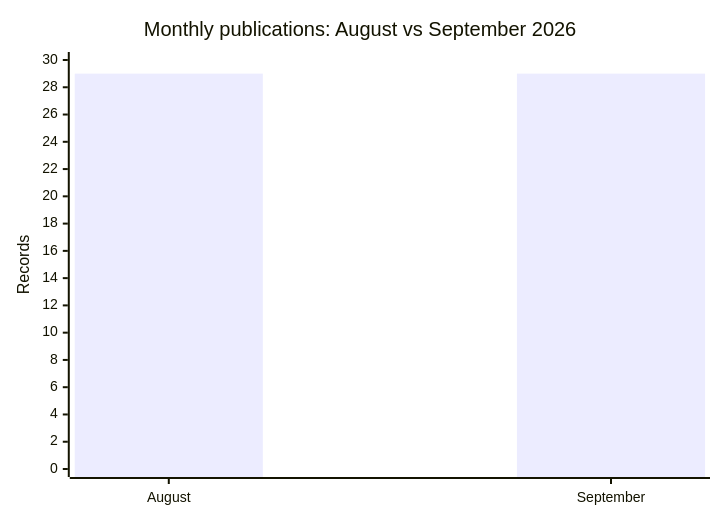
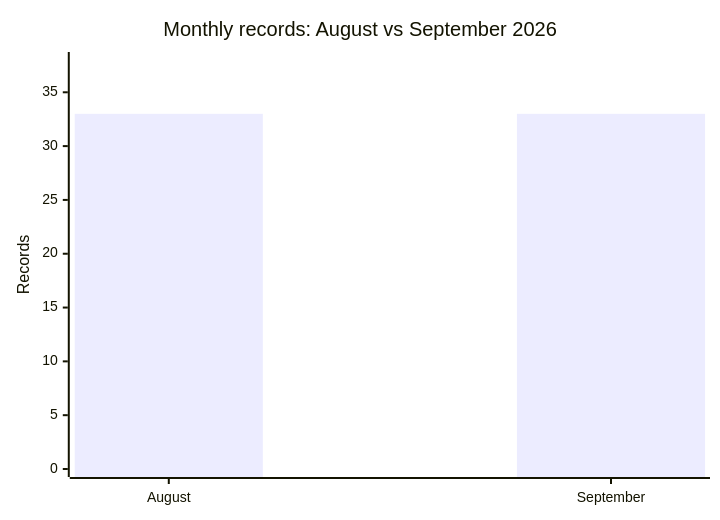
Before and after one commit to Hatchepsoute/AFRINTEL: the diagram in comparison/2026/08-august-september/README.md, drawn with Mermaid. The commit also changed other lines of this file and 401 other files, not shown here.

````diff
--- a/comparison/2026/08-august-september/README.md
+++ b/comparison/2026/08-august-september/README.md
@@ -19,7 +15,7 @@
 ```mermaid
 xychart-beta
-    title "Monthly publications: August vs September 2026"
+    title "Monthly records: August vs September 2026"
     x-axis [August, September]
-    y-axis "Records" 0 --> 30
-    bar [29, 29]
+    y-axis "Records" 0 --> 38
+    bar [33, 33]
 ```
````
